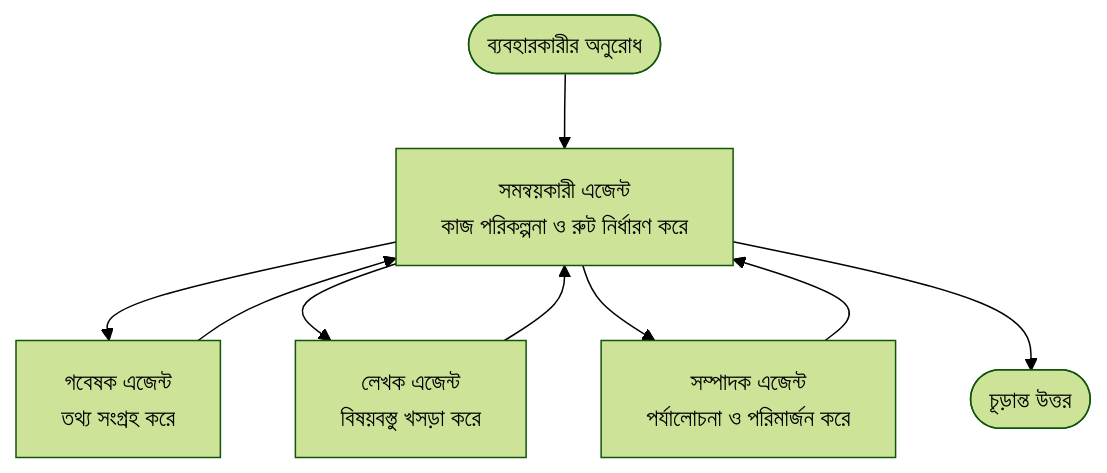
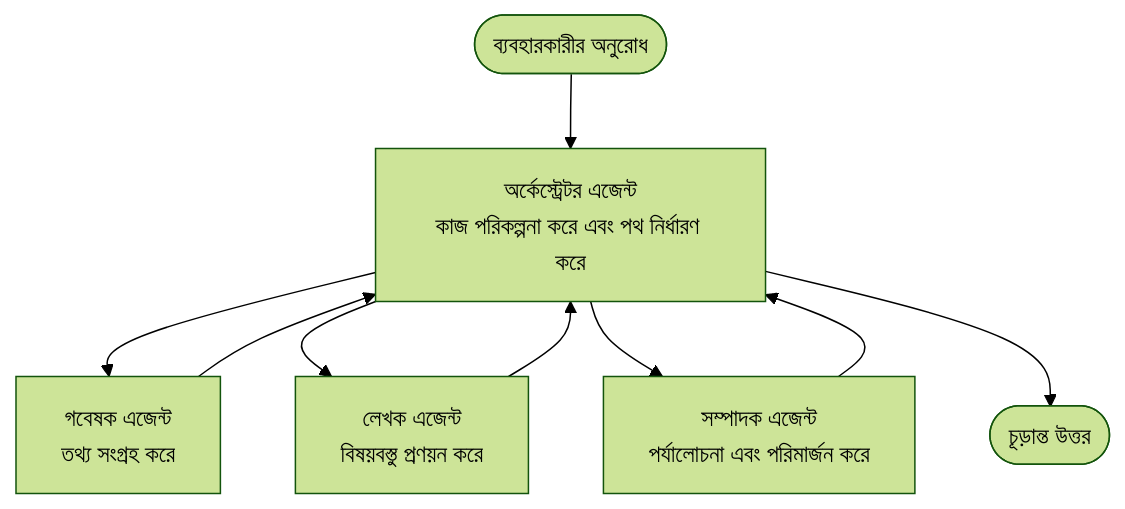
The diagram in translations/bn/docs/chapter-05-multi-agent/multi-agent-basics.md (microsoft/AZD-for-beginners), drawn with Mermaid (forest theme) before and after one commit. The commit also changed other lines of this file and 62 other files, not shown here.

````diff
--- a/translations/bn/docs/chapter-05-multi-agent/multi-agent-basics.md
+++ b/translations/bn/docs/chapter-05-multi-agent/multi-agent-basics.md
@@ -43,11 +43,11 @@
 ```mermaid
 graph TD
-    User([ব্যবহারকারীর অনুরোধ]) --> Orchestrator[সমন্বয়কারী এজেন্ট<br/>কাজ পরিকল্পনা ও রুট নির্ধারণ করে]
+    User([ব্যবহারকারীর অনুরোধ]) --> Orchestrator[অর্কেস্ট্রেটর এজেন্ট<br/>কাজ পরিকল্পনা করে এবং পথ নির্ধারণ করে]
     Orchestrator --> Researcher[গবেষক এজেন্ট<br/>তথ্য সংগ্রহ করে]
-    Orchestrator --> Writer[লেখক এজেন্ট<br/>বিষয়বস্তু খসড়া করে]
-    Orchestrator --> Editor[সম্পাদক এজেন্ট<br/>পর্যালোচনা ও পরিমার্জন করে]
+    Orchestrator --> Writer[লেখক এজেন্ট<br/>বিষয়বস্তু প্রণয়ন করে]
+    Orchestrator --> Editor[সম্পাদক এজেন্ট<br/>পর্যালোচনা এবং পরিমার্জন করে]
     Researcher --> Orchestrator
     Writer --> Orchestrator
     Editor --> Orchestrator
     Orchestrator --> Result([চূড়ান্ত উত্তর])
 ```
````
